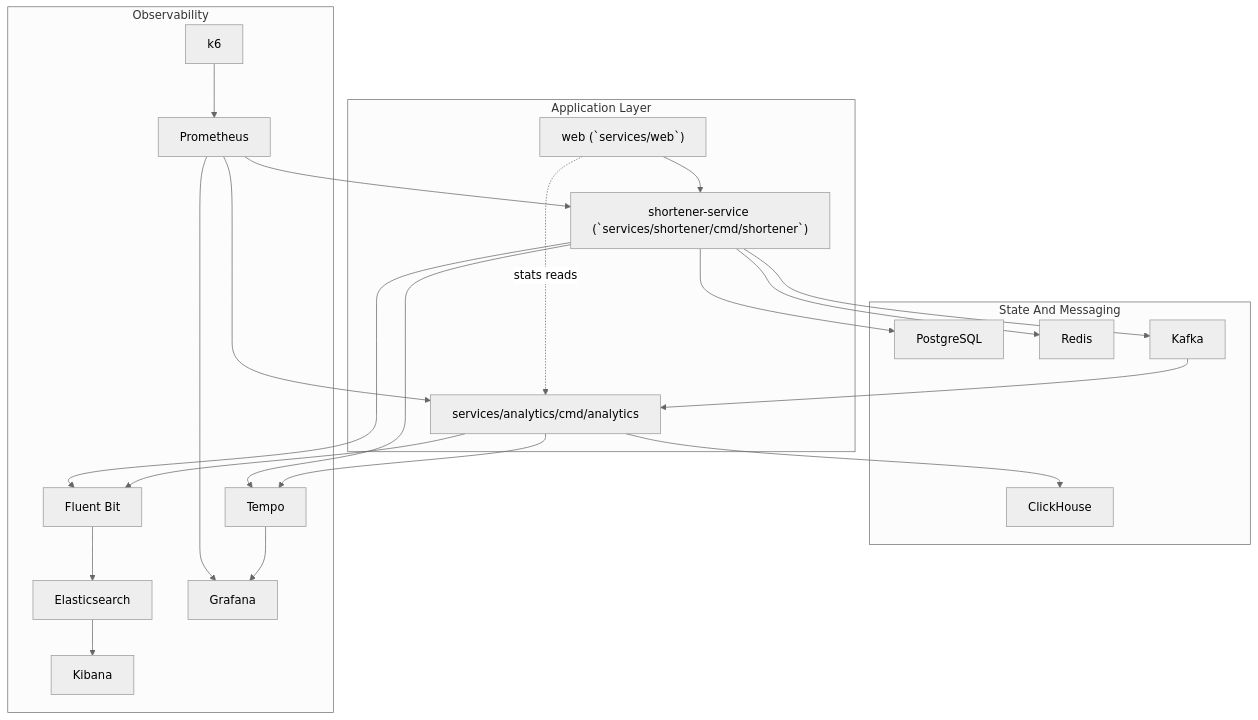
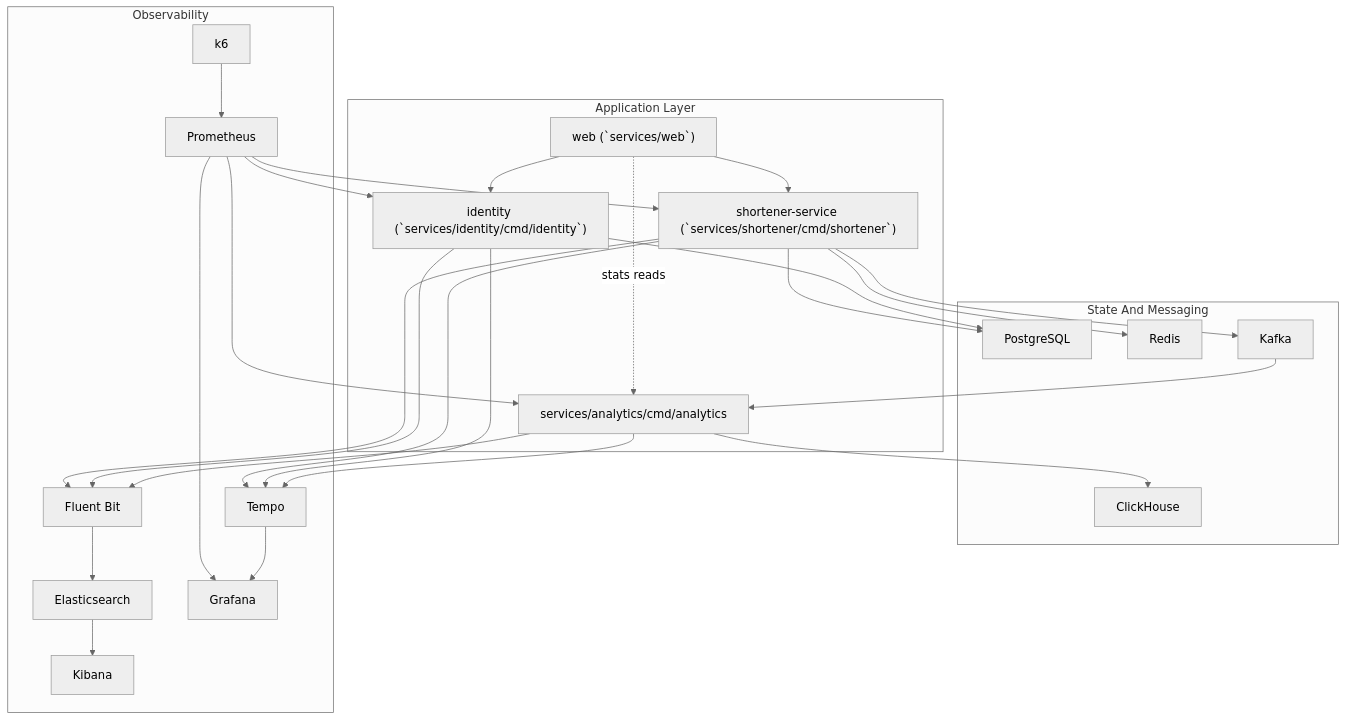
One commit to fev0ks/sandbox_url_shortener changed the third of 8 diagrams in docs/system_design.md. Above: the diagram before and after it, drawn with Mermaid (neutral theme). The commit also changed other lines of this file and 38 other files, not shown here.

````diff
--- a/docs/system_design.md
+++ b/docs/system_design.md
@@ -167,46 +185,52 @@
 ```mermaid
 flowchart TB
     subgraph app["Application Layer"]
         shortener["shortener-service (`services/shortener/cmd/shortener`)"]
+        identity["identity (`services/identity/cmd/identity`)"]
         web["web (`services/web`)"]
         analytics["services/analytics/cmd/analytics"]
     end
 
     subgraph state["State And Messaging"]
         pg["PostgreSQL"]
         redis["Redis"]
         kafka["Kafka"]
         ch["ClickHouse"]
     end
 
     subgraph obs["Observability"]
         k6["k6"]
         shipper["Fluent Bit"]
         es["Elasticsearch"]
         kibana["Kibana"]
         prom["Prometheus"]
         grafana["Grafana"]
         tempo["Tempo"]
     end
 
     web --> shortener
+    web --> identity
     shortener --> pg
     shortener --> redis
     shortener --> kafka
+    identity --> pg
     web -.->|stats reads| analytics
     kafka --> analytics
     analytics --> ch
 
     prom --> shortener
+    prom --> identity
     prom --> analytics
     shortener --> tempo
+    identity --> tempo
     analytics --> tempo
     k6 --> prom
     prom --> grafana
     tempo --> grafana
 
     shortener --> shipper
+    identity --> shipper
     analytics --> shipper
     shipper --> es
     es --> kibana
 ```
````
